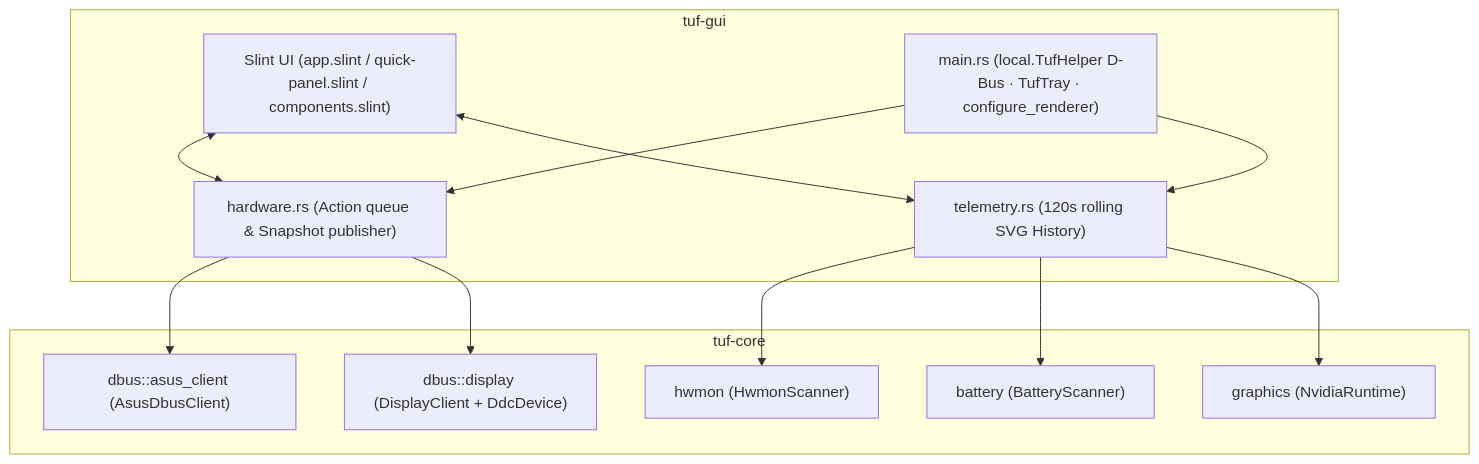
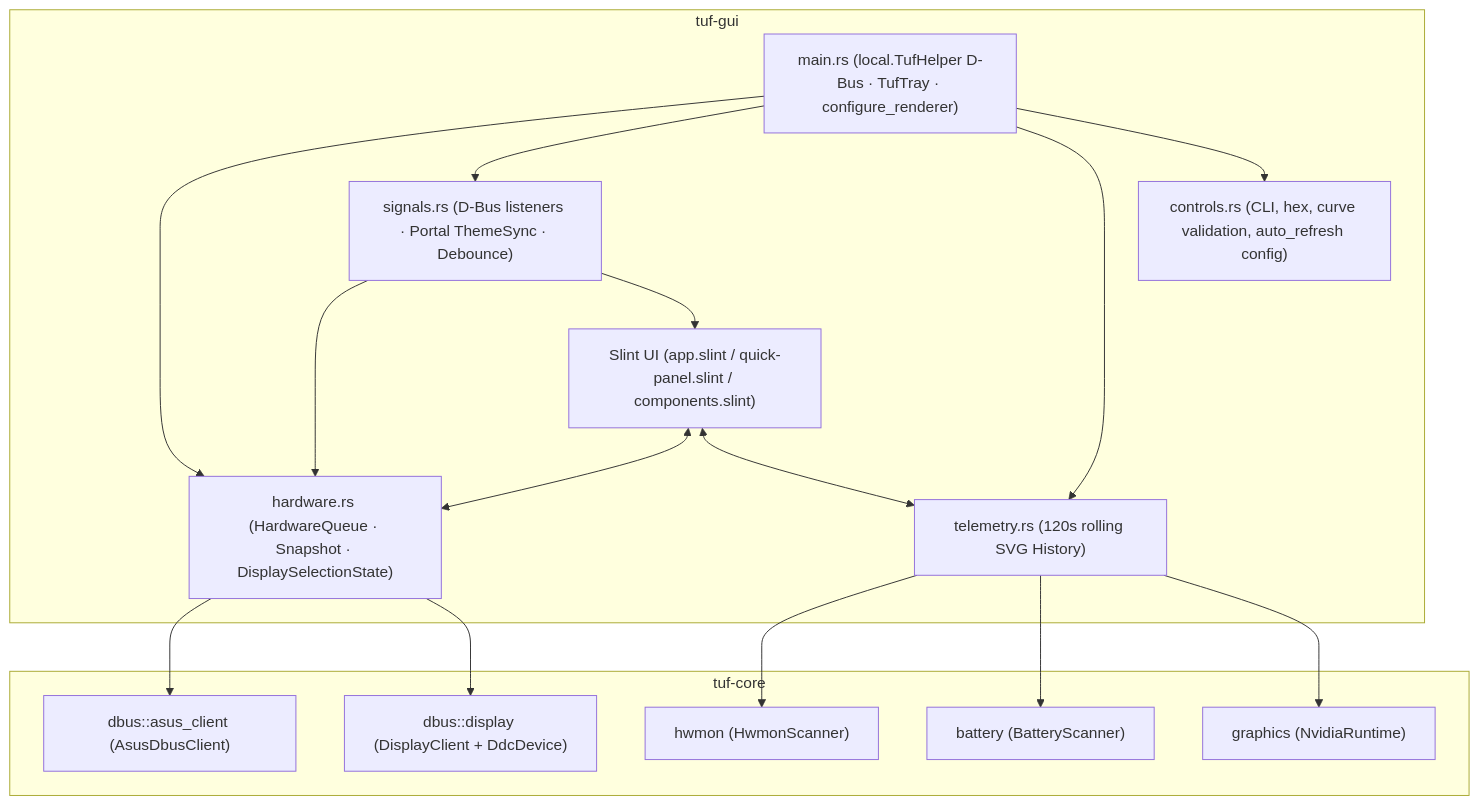
The diagram in docs/ARCHITECTURE.md (nishantharkut/tuf-helper), drawn with Mermaid before and after one commit. The commit also changed other lines of this file and 8 other files, not shown here.

````diff
--- a/docs/ARCHITECTURE.md
+++ b/docs/ARCHITECTURE.md
@@ -5,27 +5,33 @@
 ```mermaid
 graph TD
     subgraph tuf-gui
         SLINT["Slint UI (app.slint / quick-panel.slint / components.slint)"]
         MAIN["main.rs (local.TufHelper D-Bus · TufTray · configure_renderer)"]
-        WORKER["hardware.rs (Action queue & Snapshot publisher)"]
+        CTRL["controls.rs (CLI, hex, curve validation, auto_refresh config)"]
+        SIG["signals.rs (D-Bus listeners · Portal ThemeSync · Debounce)"]
+        WORKER["hardware.rs (HardwareQueue · Snapshot · DisplaySelectionState)"]
         TELEM["telemetry.rs (120s rolling SVG History)"]
         SLINT <--> WORKER
         SLINT <--> TELEM
         MAIN --> WORKER
+        MAIN --> SIG
         MAIN --> TELEM
+        MAIN --> CTRL
+        SIG --> WORKER
+        SIG --> SLINT
     end
 
     subgraph tuf-core
         ASUS["dbus::asus_client (AsusDbusClient)"]
         DISP["dbus::display (DisplayClient + DdcDevice)"]
         HWMON["hwmon (HwmonScanner)"]
         BAT["battery (BatteryScanner)"]
         DRM["graphics (NvidiaRuntime)"]
     end
 
     WORKER --> ASUS
     WORKER --> DISP
     TELEM --> HWMON
     TELEM --> BAT
     TELEM --> DRM
 ```
````
